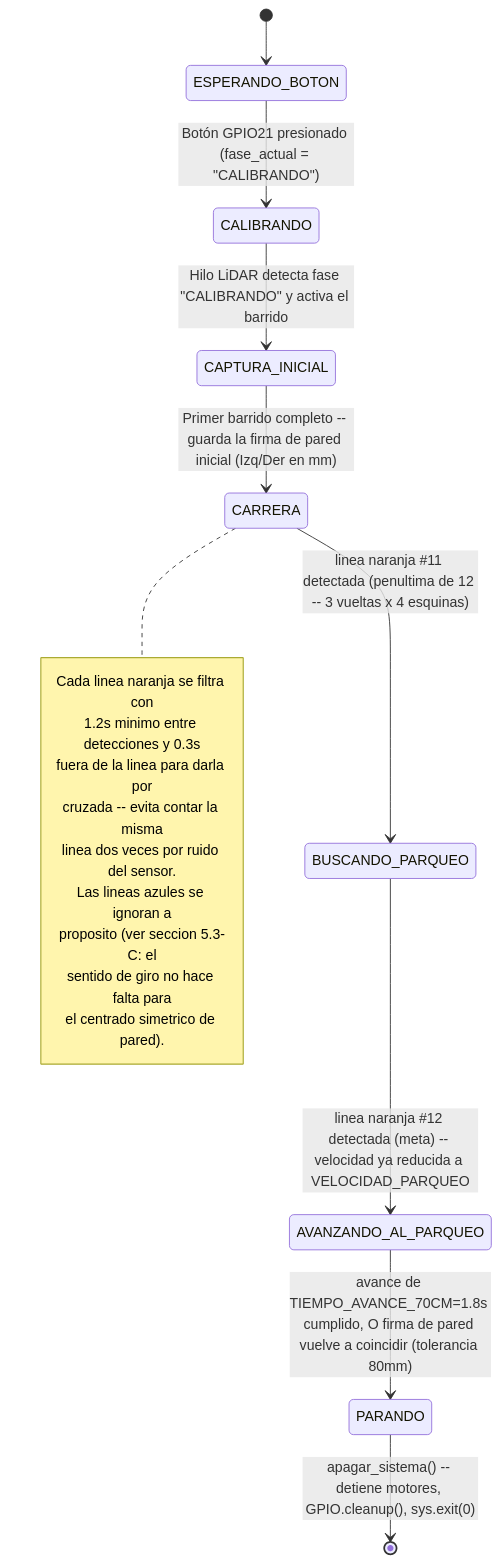
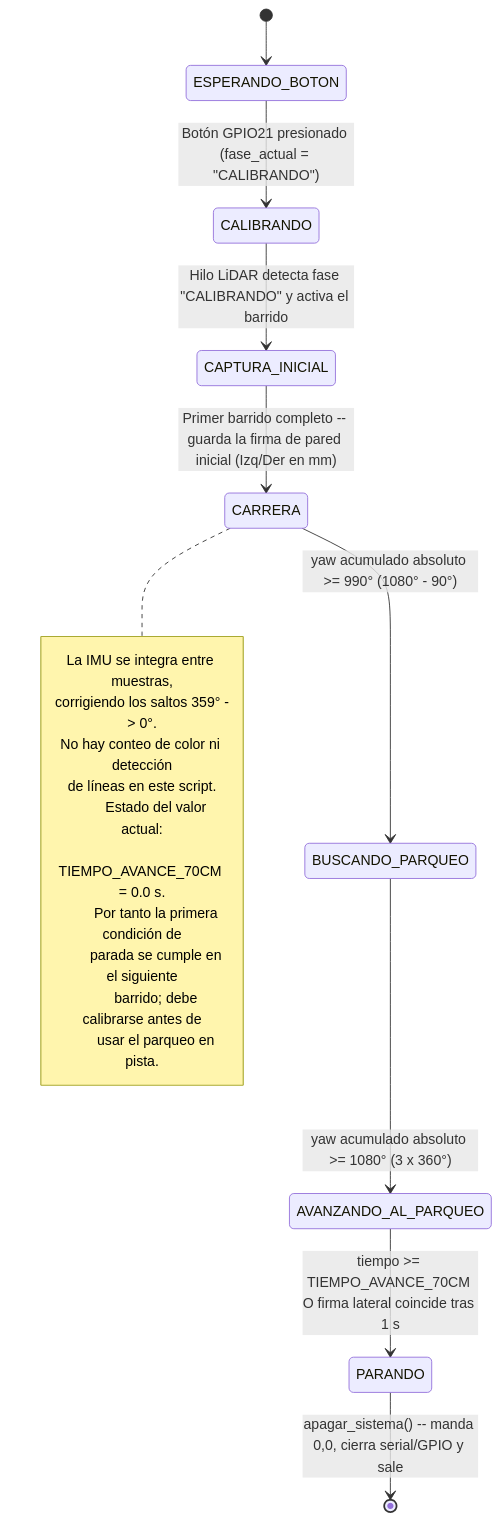
The second of 4 diagrams in README.md (Team-Los-Cedros/WRO-FE-26), drawn with Mermaid before and after one commit. The commit also changed other lines of this file, not shown here.

````diff
--- a/README.md
+++ b/README.md
@@ -399,23 +390,25 @@
 ```mermaid
 stateDiagram-v2
     [*] --> ESPERANDO_BOTON
     ESPERANDO_BOTON --> CALIBRANDO: Botón GPIO21 presionado (fase_actual = "CALIBRANDO")
     CALIBRANDO --> CAPTURA_INICIAL: Hilo LiDAR detecta fase "CALIBRANDO" y activa el barrido
     CAPTURA_INICIAL --> CARRERA: Primer barrido completo -- guarda la firma de pared inicial (Izq/Der en mm)
-    CARRERA --> BUSCANDO_PARQUEO: linea naranja #11 detectada (penultima de 12 -- 3 vueltas x 4 esquinas)
-    BUSCANDO_PARQUEO --> AVANZANDO_AL_PARQUEO: linea naranja #12 detectada (meta) -- velocidad ya reducida a VELOCIDAD_PARQUEO
-    AVANZANDO_AL_PARQUEO --> PARANDO: avance de TIEMPO_AVANCE_70CM=1.8s cumplido, O firma de pared vuelve a coincidir (tolerancia 80mm)
-    PARANDO --> [*]: apagar_sistema() -- detiene motores, GPIO.cleanup(), sys.exit(0)
+    CARRERA --> BUSCANDO_PARQUEO: yaw acumulado absoluto >= 990° (1080° - 90°)
+    BUSCANDO_PARQUEO --> AVANZANDO_AL_PARQUEO: yaw acumulado absoluto >= 1080° (3 x 360°)
+    AVANZANDO_AL_PARQUEO --> PARANDO: tiempo >= TIEMPO_AVANCE_70CM O firma lateral coincide tras 1 s
+    PARANDO --> [*]: apagar_sistema() -- manda 0,0, cierra serial/GPIO y sale
 
     note right of CARRERA
-        Cada linea naranja se filtra con
-        1.2s minimo entre detecciones y 0.3s
-        fuera de la linea para darla por
-        cruzada -- evita contar la misma
-        linea dos veces por ruido del sensor.
-        Las lineas azules se ignoran a
-        proposito (ver seccion 5.3-C: el
-        sentido de giro no hace falta para
-        el centrado simetrico de pared).
+        La IMU se integra entre muestras,
+        corrigiendo los saltos 359° -> 0°.
+        No hay conteo de color ni detección
+        de líneas en este script.
+
+        Estado del valor actual:
+        TIEMPO_AVANCE_70CM = 0.0 s.
+        Por tanto la primera condición de
+        parada se cumple en el siguiente
+        barrido; debe calibrarse antes de
+        usar el parqueo en pista.
     end note
 ```
````
